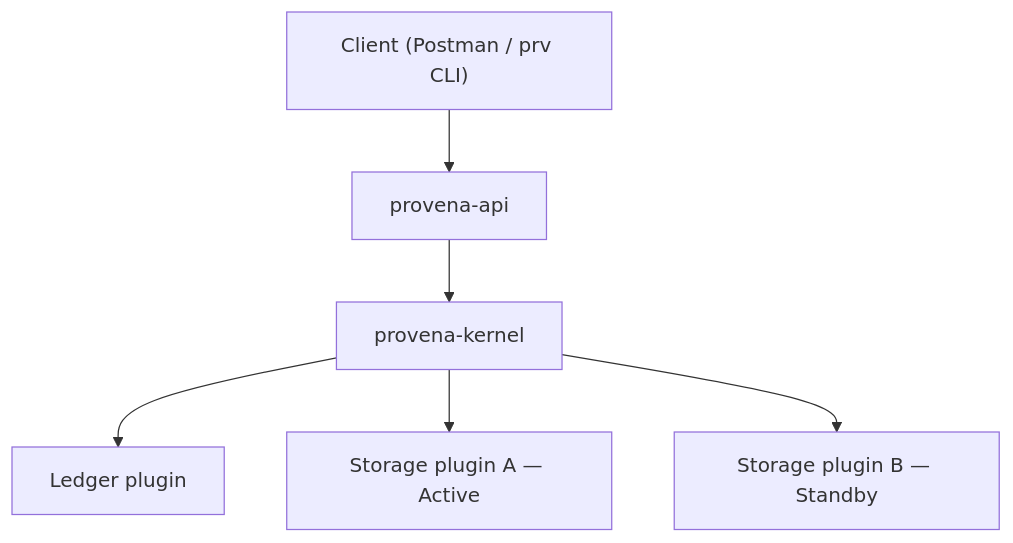
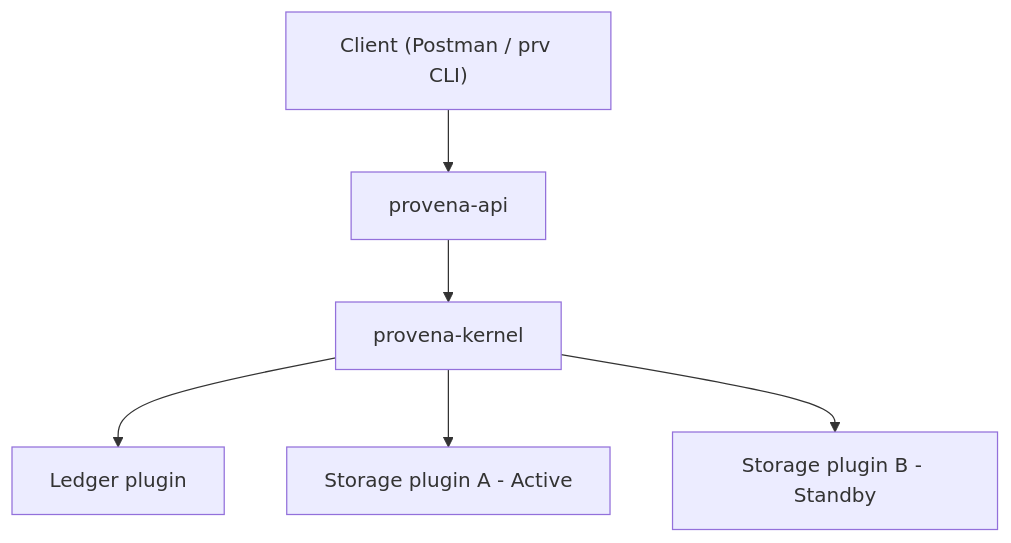
One commit to provenancai/provena changed the diagram in docs/src/architecture/overview.md. Above: the diagram before and after it, drawn with Mermaid. The commit also changed other lines of this file and 14 other files, not shown here.

````diff
--- a/docs/src/architecture/overview.md
+++ b/docs/src/architecture/overview.md
@@ -7,8 +7,8 @@
 ```mermaid
 flowchart TD
     Client["Client (Postman / prv CLI)"] --> API[provena-api]
     API --> Kernel[provena-kernel]
     Kernel --> Ledger[Ledger plugin]
-    Kernel --> StorageA["Storage plugin A — Active"]
-    Kernel --> StorageB["Storage plugin B — Standby"]
+    Kernel --> StorageA["Storage plugin A - Active"]
+    Kernel --> StorageB["Storage plugin B - Standby"]
 ```
````
